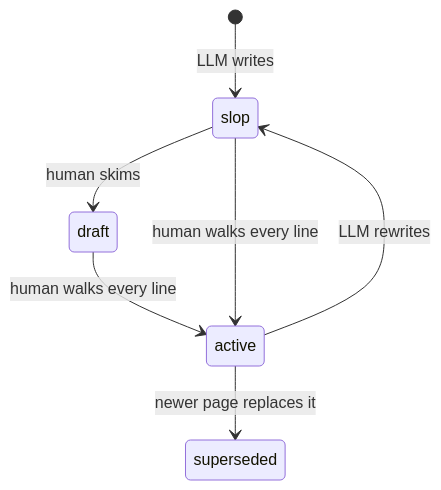
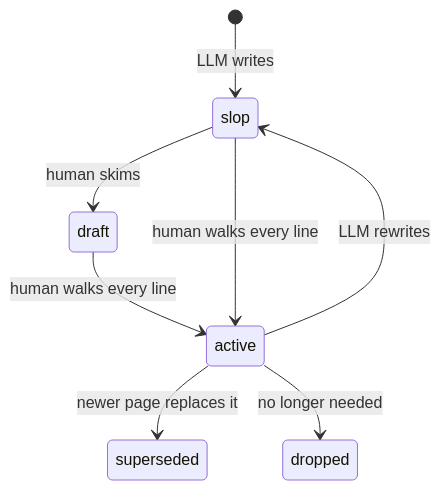
The first of 2 diagrams in content/meta/status-model.md (pward17/silica-wiki), drawn with Mermaid before and after one commit. The commit also changed other lines of this file and 12 other files, not shown here.

````diff
--- a/content/meta/status-model.md
+++ b/content/meta/status-model.md
@@ -73,9 +76,10 @@
 ```mermaid
 stateDiagram-v2
     [*] --> slop: LLM writes
     slop --> draft: human skims
     draft --> active: human walks every line
     slop --> active: human walks every line
     active --> superseded: newer page replaces it
     active --> slop: LLM rewrites
+    active --> dropped: no longer needed
 ```
````
